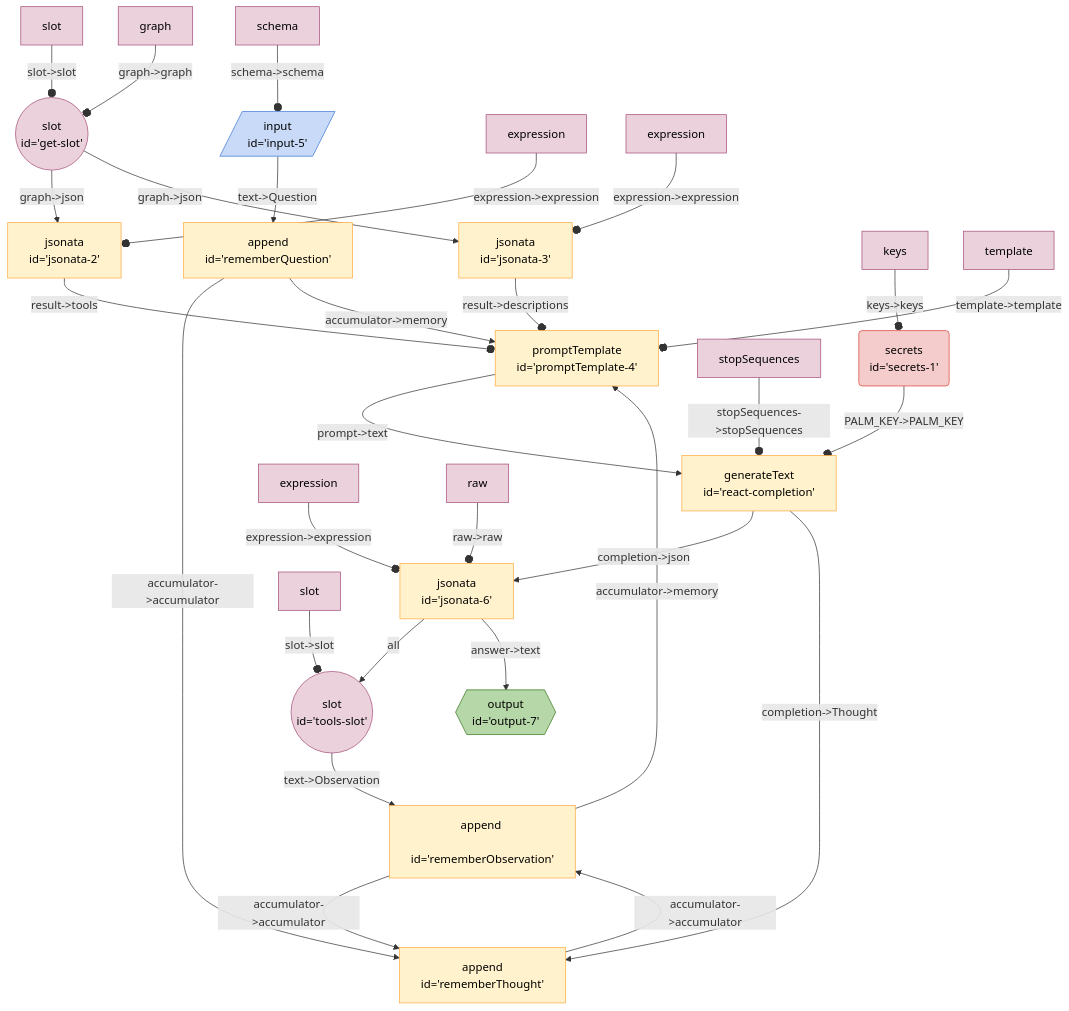
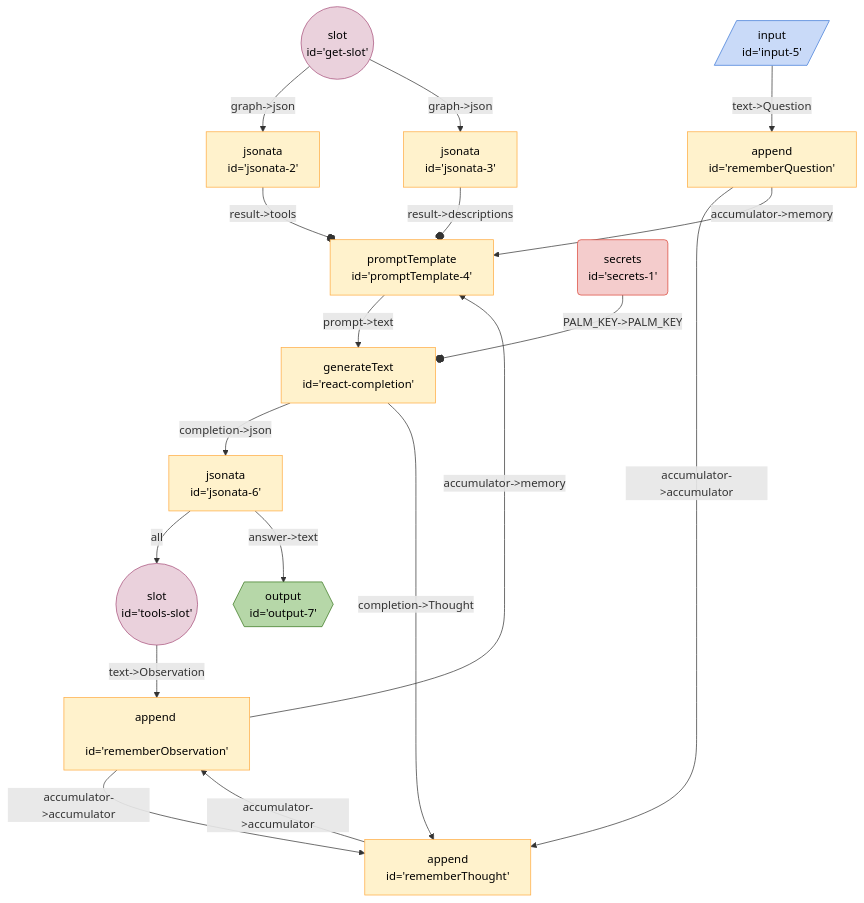
Before and after one commit to breadboard-ai/breadboard: the diagram in seeds/graph-playground/docs/graphs/react-with-slot.md, drawn with Mermaid. The commit also changed 30 other files, not shown here.

````diff
--- a/seeds/graph-playground/docs/graphs/react-with-slot.md
+++ b/seeds/graph-playground/docs/graphs/react-with-slot.md
@@ -5,40 +5,29 @@
   ```mermaid
   %%{init: 'themeVariables': { 'fontFamily': 'Fira Code, monospace' }}%%
 graph TD;
 getslot(("slot <br> id='get-slot'")):::slot -- "graph->json" --> jsonata2["jsonata <br> id='jsonata-2'"]
 getslot(("slot <br> id='get-slot'")):::slot -- "graph->json" --> jsonata3["jsonata <br> id='jsonata-3'"]
 jsonata3["jsonata <br> id='jsonata-3'"] -- "result->descriptions" --o promptTemplate4["promptTemplate <br> id='promptTemplate-4'"]
 jsonata2["jsonata <br> id='jsonata-2'"] -- "result->tools" --o promptTemplate4["promptTemplate <br> id='promptTemplate-4'"]
 rememberObservation["append <br> id='rememberObservation'"] -- "accumulator->memory" --> promptTemplate4["promptTemplate <br> id='promptTemplate-4'"]
 rememberThought["append <br> id='rememberThought'"] -- "accumulator->accumulator" --> rememberObservation["append <br> id='rememberObservation'"]
 rememberObservation["append <br> id='rememberObservation'"] -- "accumulator->accumulator" --> rememberThought["append <br> id='rememberThought'"]
 rememberQuestion["append <br> id='rememberQuestion'"] -- "accumulator->accumulator" --> rememberThought["append <br> id='rememberThought'"]
 rememberQuestion["append <br> id='rememberQuestion'"] -- "accumulator->memory" --> promptTemplate4["promptTemplate <br> id='promptTemplate-4'"]
 input5[/"input <br> id='input-5'"/]:::input -- "text->Question" --> rememberQuestion["append <br> id='rememberQuestion'"]
 secrets1("secrets <br> id='secrets-1'"):::secrets -- "PALM_KEY->PALM_KEY" --o reactcompletion["generateText <br> id='react-completion'"]
 toolsslot(("slot <br> id='tools-slot'")):::slot -- "text->Observation" --> rememberObservation["append <br> id='rememberObservation'"]
 jsonata6["jsonata <br> id='jsonata-6'"] -- all --> toolsslot(("slot <br> id='tools-slot'")):::slot
 jsonata6["jsonata <br> id='jsonata-6'"] -- "answer->text" --> output7{{"output <br> id='output-7'"}}:::output
 reactcompletion["generateText <br> id='react-completion'"] -- "completion->json" --> jsonata6["jsonata <br> id='jsonata-6'"]
 reactcompletion["generateText <br> id='react-completion'"] -- "completion->Thought" --> rememberThought["append <br> id='rememberThought'"]
 promptTemplate4["promptTemplate <br> id='promptTemplate-4'"] -- "prompt->text" --> reactcompletion["generateText <br> id='react-completion'"]
-keyssecrets1[keys]:::config -- "keys->keys" --o secrets1
-slotgetslot[slot]:::config -- "slot->slot" --o getslot
-graphgetslot[graph]:::config -- "graph->graph" --o getslot
-expressionjsonata2[expression]:::config -- "expression->expression" --o jsonata2
-expressionjsonata3[expression]:::config -- "expression->expression" --o jsonata3
-templatepromptTemplate4[template]:::config -- "template->template" --o promptTemplate4
-schemainput5[schema]:::config -- "schema->schema" --o input5
-stopSequencesreactcompletion[stopSequences]:::config -- "stopSequences->stopSequences" --o reactcompletion
-expressionjsonata6[expression]:::config -- "expression->expression" --o jsonata6
-rawjsonata6[raw]:::config -- "raw->raw" --o jsonata6
-slottoolsslot[slot]:::config -- "slot->slot" --o toolsslot
 classDef default stroke:#ffab40,fill:#fff2ccff,color:#000
 classDef input stroke:#3c78d8,fill:#c9daf8ff,color:#000
 classDef output stroke:#38761d,fill:#b6d7a8ff,color:#000
 classDef passthrough stroke:#a64d79,fill:#ead1dcff,color:#000
 classDef slot stroke:#a64d79,fill:#ead1dcff,color:#000
 classDef config stroke:#a64d79,fill:#ead1dcff,color:#000
 classDef secrets stroke:#db4437,fill:#f4cccc,color:#000
 classDef slotted stroke:#a64d79
   ```
````
